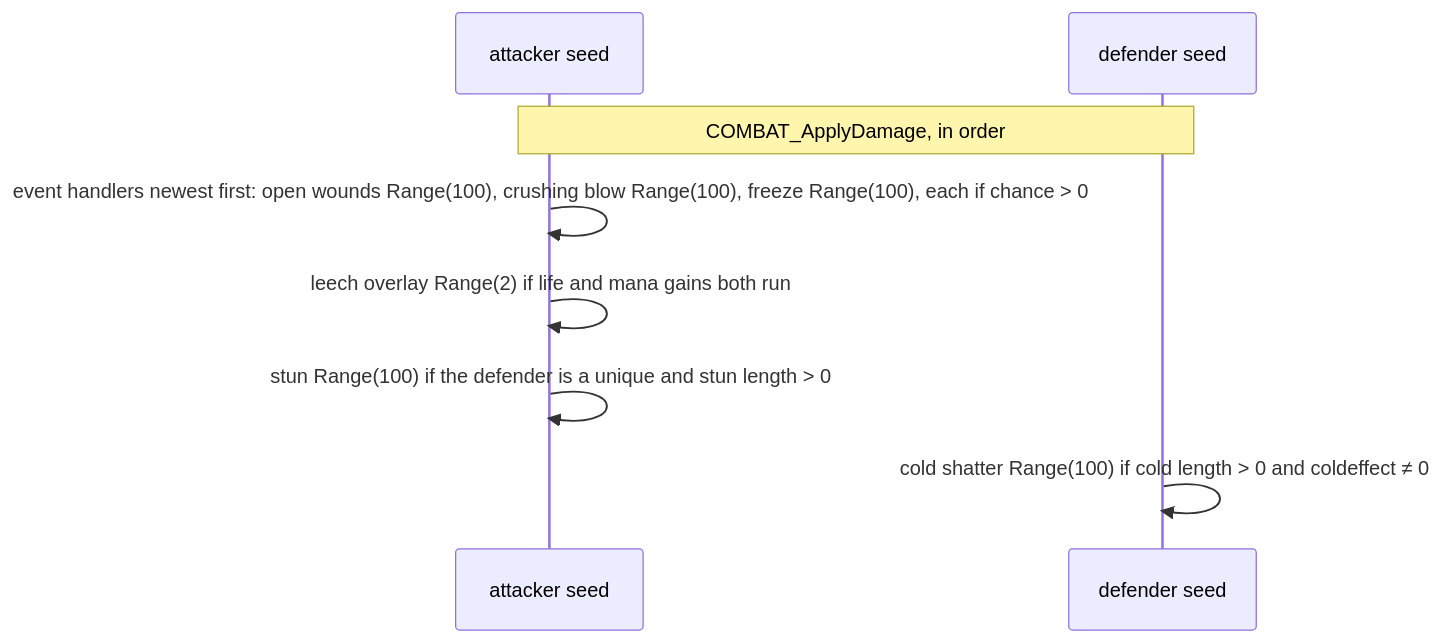
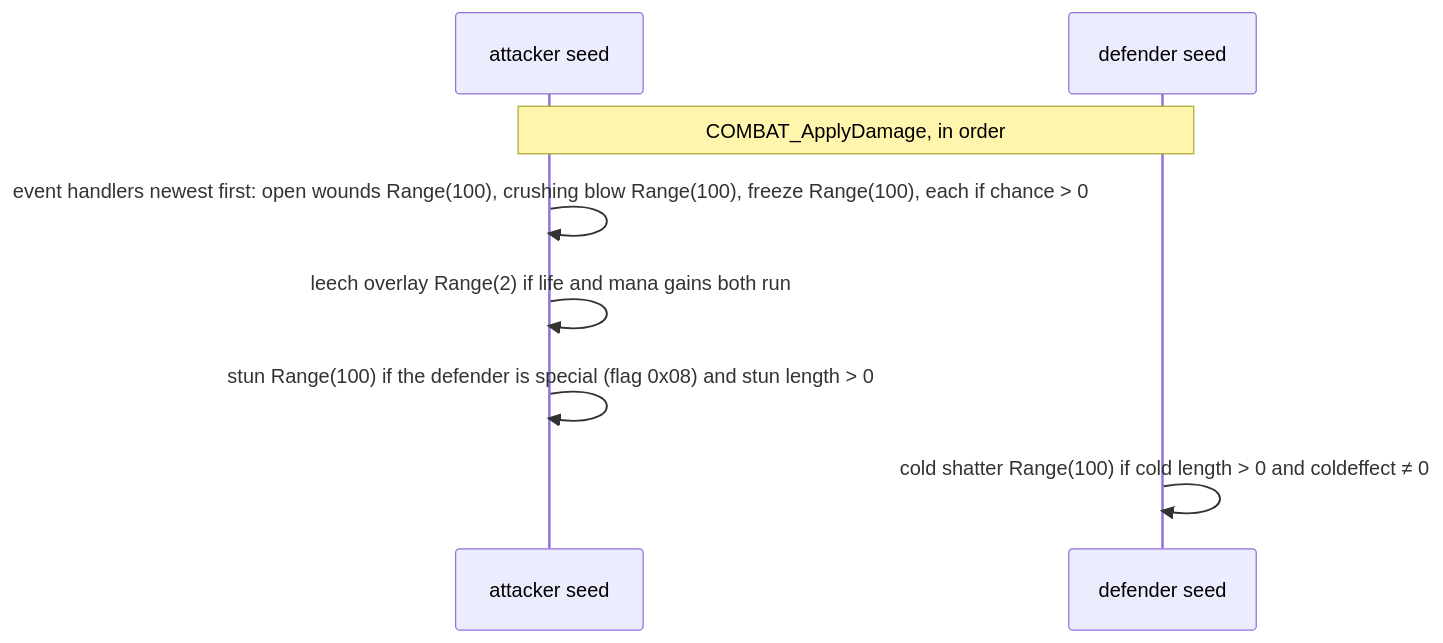
Before and after one commit to IgorKonovalov/diablo-2-recompilation: the second of 2 diagrams in docs/specs/combat/delivery.md, drawn with Mermaid. The commit also changed other lines of this file and 9 other files, not shown here.

````diff
--- a/docs/specs/combat/delivery.md
+++ b/docs/specs/combat/delivery.md
@@ -186,10 +186,10 @@
 ```mermaid
 sequenceDiagram
   participant A as attacker seed
   participant D as defender seed
   Note over A,D: COMBAT_ApplyDamage, in order
   A->>A: event handlers newest first: open wounds Range(100), crushing blow Range(100), freeze Range(100), each if chance > 0
   A->>A: leech overlay Range(2) if life and mana gains both run
-  A->>A: stun Range(100) if the defender is a unique and stun length > 0
+  A->>A: stun Range(100) if the defender is special (flag 0x08) and stun length > 0
   D->>D: cold shatter Range(100) if cold length > 0 and coldeffect ≠ 0
 ```
````
